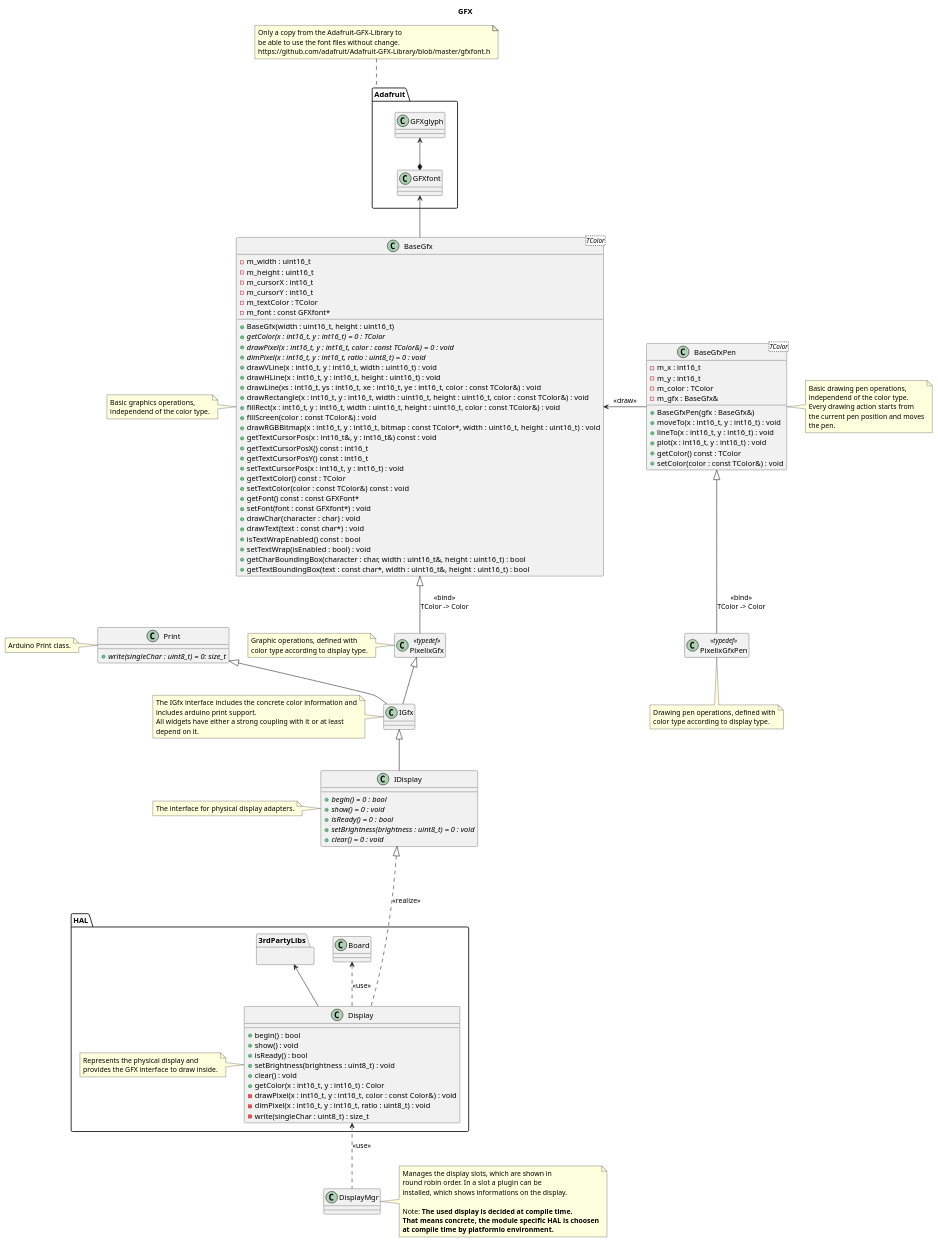
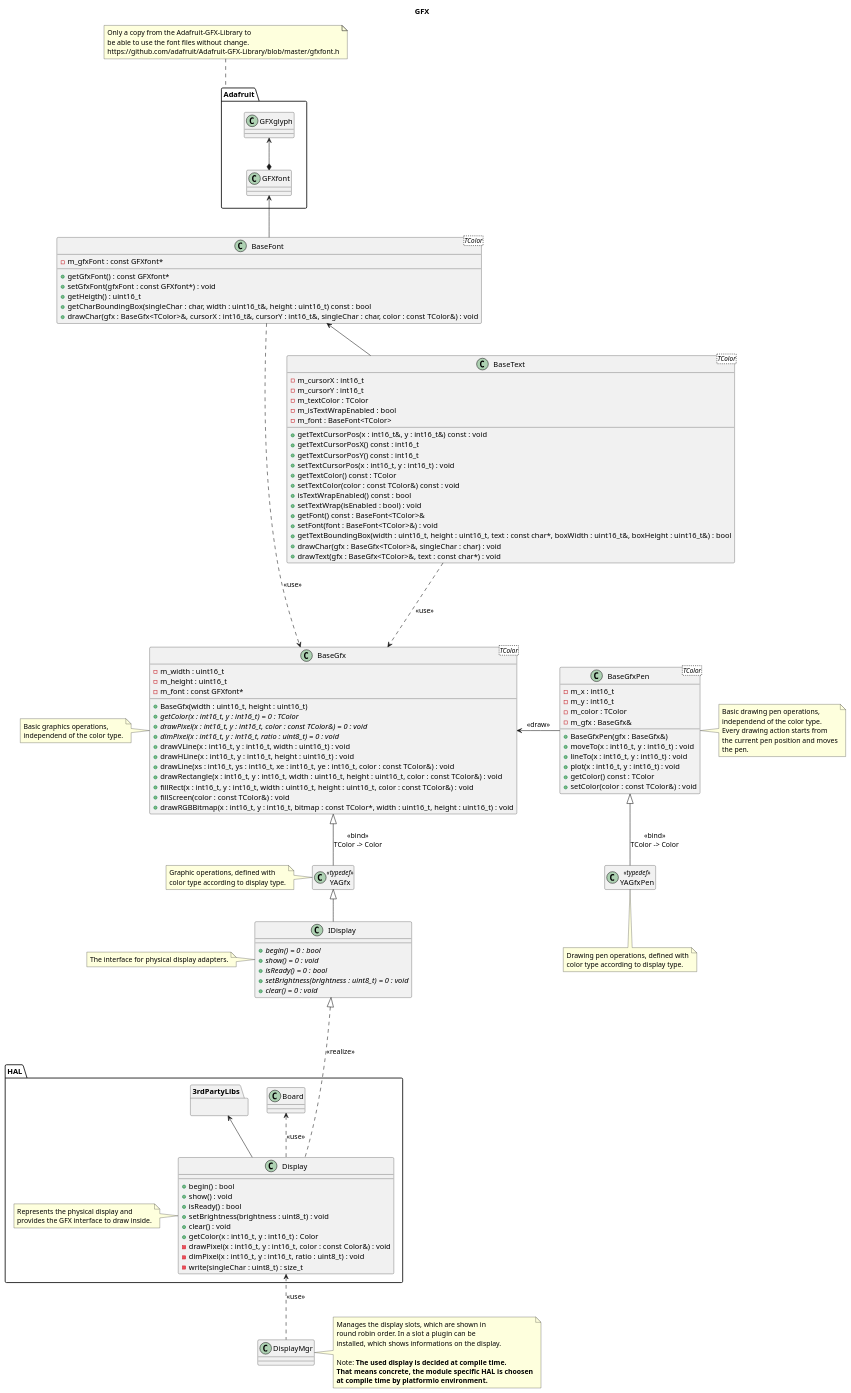
One commit to BlueAndi/Pixelix changed the diagram in doc/design/gfx.plantuml. Above: the diagram before and after it, drawn with PlantUML. The commit also changed 87 other files, not shown here.

Commit message:
Font and text support in the BaseGfx moved to separate classes.

```diff
--- a/doc/design/gfx.plantuml
+++ b/doc/design/gfx.plantuml
@@ -1,181 +1,177 @@
 @startuml
 
 title GFX
 
 package "Adafruit" {
 
     class "GFXglyph" as gfxGlyph
     class "GFXfont" as gfxFont
 
     gfxGlyph <--* gfxFont
 }
 
 note top of Adafruit
     Only a copy from the Adafruit-GFX-Library to
     be able to use the font files without change.
     https://github.com/adafruit/Adafruit-GFX-Library/blob/master/gfxfont.h
 end note
 
 class "BaseGfx<TColor>" as baseGfx {
     - m_width : uint16_t
     - m_height : uint16_t
-    - m_cursorX : int16_t
-    - m_cursorY : int16_t
-    - m_textColor : TColor
     - m_font : const GFXfont*
     + BaseGfx(width : uint16_t, height : uint16_t)
     + {abstract} getColor(x : int16_t, y : int16_t) = 0 : TColor
     + {abstract} drawPixel(x : int16_t, y : int16_t, color : const TColor&) = 0 : void
     + {abstract} dimPixel(x : int16_t, y : int16_t, ratio : uint8_t) = 0 : void
     + drawVLine(x : int16_t, y : int16_t, width : uint16_t) : void
     + drawHLine(x : int16_t, y : int16_t, height : uint16_t) : void
     + drawLine(xs : int16_t, ys : int16_t, xe : int16_t, ye : int16_t, color : const TColor&) : void
     + drawRectangle(x : int16_t, y : int16_t, width : uint16_t, height : uint16_t, color : const TColor&) : void
     + fillRect(x : int16_t, y : int16_t, width : uint16_t, height : uint16_t, color : const TColor&) : void
     + fillScreen(color : const TColor&) : void
     + drawRGBBitmap(x : int16_t, y : int16_t, bitmap : const TColor*, width : uint16_t, height : uint16_t) : void
-    + getTextCursorPos(x : int16_t&, y : int16_t&) const : void
-    + getTextCursorPosX() const : int16_t
-    + getTextCursorPosY() const : int16_t
-    + setTextCursorPos(x : int16_t, y : int16_t) : void
-    + getTextColor() const : TColor
-    + setTextColor(color : const TColor&) const : void
-    + getFont() const : const GFXFont*
-    + setFont(font : const GFXfont*) : void
-    + drawChar(character : char) : void
-    + drawText(text : const char*) : void
-    + isTextWrapEnabled() const : bool
-    + setTextWrap(isEnabled : bool) : void
-    + getCharBoundingBox(character : char, width : uint16_t&, height : uint16_t) : bool
-    + getTextBoundingBox(text : const char*, width : uint16_t&, height : uint16_t) : bool
 }
 
 note left of baseGfx
     Basic graphics operations,
     independend of the color type.
 end note
 
-gfxFont <-- baseGfx
+class "BaseFont<TColor>" as baseFont {
+    - m_gfxFont : const GFXfont*
+    + getGfxFont() : const GFXfont*
+    + setGfxFont(gfxFont : const GFXfont*) : void
+    + getHeigth() : uint16_t
+    + getCharBoundingBox(singleChar : char, width : uint16_t&, height : uint16_t) const : bool
+    + drawChar(gfx : BaseGfx<TColor>&, cursorX : int16_t&, cursorY : int16_t&, singleChar : char, color : const TColor&) : void
+}
+
+class "BaseText<TColor>" as baseText {
+    - m_cursorX : int16_t
+    - m_cursorY : int16_t
+    - m_textColor : TColor
+    - m_isTextWrapEnabled : bool
+    - m_font : BaseFont<TColor>
+    + getTextCursorPos(x : int16_t&, y : int16_t&) const : void
+    + getTextCursorPosX() const : int16_t
+    + getTextCursorPosY() const : int16_t
+    + setTextCursorPos(x : int16_t, y : int16_t) : void
+    + getTextColor() const : TColor
+    + setTextColor(color : const TColor&) const : void
+    + isTextWrapEnabled() const : bool
+    + setTextWrap(isEnabled : bool) : void
+    + getFont() const : BaseFont<TColor>&
+    + setFont(font : BaseFont<TColor>&) : void
+    + getTextBoundingBox(width : uint16_t, height : uint16_t, text : const char*, boxWidth : uint16_t&, boxHeight : uint16_t&) : bool
+    + drawChar(gfx : BaseGfx<TColor>&, singleChar : char) : void
+    + drawText(gfx : BaseGfx<TColor>&, text : const char*) : void
+}
+
+gfxFont <-- baseFont
+baseFont <-- baseText
+
+baseFont ..> baseGfx: <<use>>
+baseText ...> baseGfx: <<use>>
 
 class "BaseGfxPen<TColor>" as baseGfxPen {
     - m_x : int16_t
     - m_y : int16_t
     - m_color : TColor
     - m_gfx : BaseGfx&
     + BaseGfxPen(gfx : BaseGfx&)
     + moveTo(x : int16_t, y : int16_t) : void
     + lineTo(x : int16_t, y : int16_t) : void
     + plot(x : int16_t, y : int16_t) : void
     + getColor() const : TColor
     + setColor(color : const TColor&) : void
 }
 
 note right of baseGfxPen
     Basic drawing pen operations,
     independend of the color type.
     Every drawing action starts from
     the current pen position and moves
     the pen.
 end note
 
 baseGfx <- baseGfxPen: <<draw>>
 
-class PixelixGfx <<typedef>>
-hide PixelixGfx members
+class YAGfx <<typedef>>
+hide YAGfx members
 
-note left of PixelixGfx
+note left of YAGfx
     Graphic operations, defined with
     color type according to display type.
 end note
 
-baseGfx <|-- PixelixGfx: <<bind>>\nTColor -> Color
+baseGfx <|-- YAGfx: <<bind>>\nTColor -> Color
 
-class PixelixGfxPen <<typedef>>
-hide PixelixGfxPen members
+class YAGfxPen <<typedef>>
+hide YAGfxPen members
 
-note bottom of PixelixGfxPen
+note bottom of YAGfxPen
     Drawing pen operations, defined with
     color type according to display type.
 end note
 
-baseGfxPen <|-- PixelixGfxPen: <<bind>>\nTColor -> Color
-
-class "Print" as print {
-    +{abstract} write(singleChar : uint8_t) = 0: size_t
-}
-
-note left of print
-    Arduino Print class.
-end note
-
-class "IGfx" as iGfx {
-}
-
-note left of iGfx
-    The IGfx interface includes the concrete color information and
-    includes arduino print support.
-    All widgets have either a strong coupling with it or at least
-    depend on it.
-end note
-
-PixelixGfx <|-- iGfx
-print <|-- iGfx
+baseGfxPen <|-- YAGfxPen: <<bind>>\nTColor -> Color
 
 class "IDisplay" as iDisplay {
     + {abstract} begin() = 0 : bool
     + {abstract} show() = 0 : void
     + {abstract} isReady() = 0 : bool
     + {abstract} setBrightness(brightness : uint8_t) = 0 : void
     + {abstract} clear() = 0 : void
 }
 
 note left of iDisplay
     The interface for physical display adapters.
 end note
 
-iGfx <|-- iDisplay
+YAGfx <|-- iDisplay
 
 package "HAL" {
 
     class "Board" as board
 
     package "3rdPartyLibs" as 3rdPartyLibs {
     }
 
     class "Display" as display {
         + begin() : bool
         + show() : void
         + isReady() : bool
         + setBrightness(brightness : uint8_t) : void
         + clear() : void
         + getColor(x : int16_t, y : int16_t) : Color
         - drawPixel(x : int16_t, y : int16_t, color : const Color&) : void
         - dimPixel(x : int16_t, y : int16_t, ratio : uint8_t) : void
         - write(singleChar : uint8_t) : size_t
     }
 
     note left of display
         Represents the physical display and
         provides the GFX interface to draw inside.
     end note
 
     iDisplay <|.... display: <<realize>>
     3rdPartyLibs <-- display
     board <.. display: <<use>>
 }
 
 class "DisplayMgr" as displayMgr
 
 note right of displayMgr
     Manages the display slots, which are shown in
     round robin order. In a slot a plugin can be
     installed, which shows informations on the display.
 
     Note: **The used display is decided at compile time.**
     **That means concrete, the module specific HAL is choosen**
     **at compile time by platformio environment.**
 end note
 
 display <.. displayMgr: <<use>>
 
 @enduml
```
